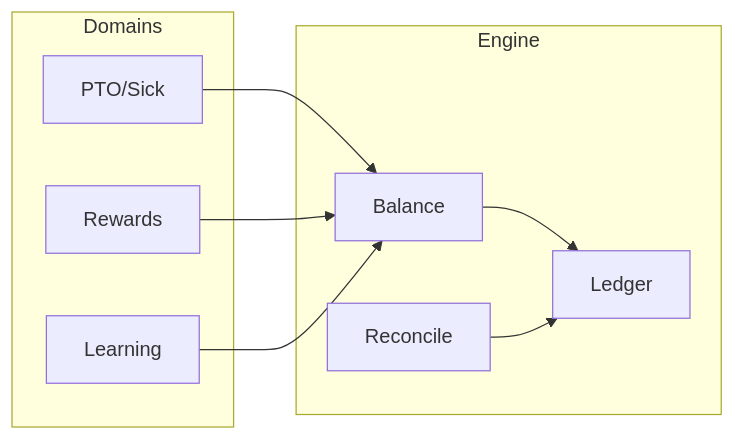
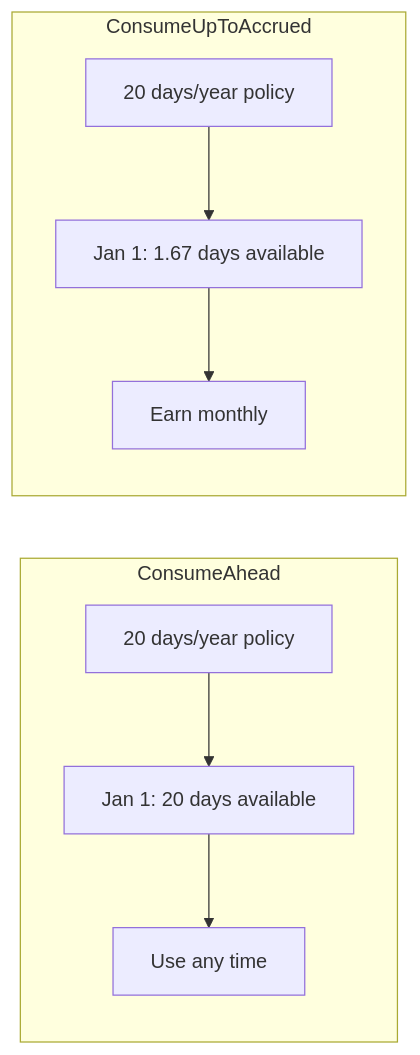
Before and after one commit to AntoineToussaint/timeoff: the first of 3 diagrams in README.md, drawn with Mermaid. The commit also changed other lines of this file, not shown here.

````diff
--- a/README.md
+++ b/README.md
@@ -29,20 +53,16 @@
 ```mermaid
 graph LR
-    subgraph Domains
-        PTO[PTO/Sick]
-        RW[Rewards]
-        LB[Learning]
+    subgraph CA[ConsumeAhead]
+        CA1[20 days/year policy]
+        CA2[Jan 1: 20 days available]
+        CA3[Use any time]
+        CA1 --> CA2 --> CA3
     end
     
-    subgraph Engine
-        BAL[Balance]
-        LED[Ledger]
-        REC[Reconcile]
+    subgraph CU[ConsumeUpToAccrued]
+        CU1[20 days/year policy]
+        CU2[Jan 1: 1.67 days available]
+        CU3[Earn monthly]
+        CU1 --> CU2 --> CU3
     end
-    
-    PTO --> BAL
-    RW --> BAL
-    LB --> BAL
-    BAL --> LED
-    REC --> LED
 ```
````
